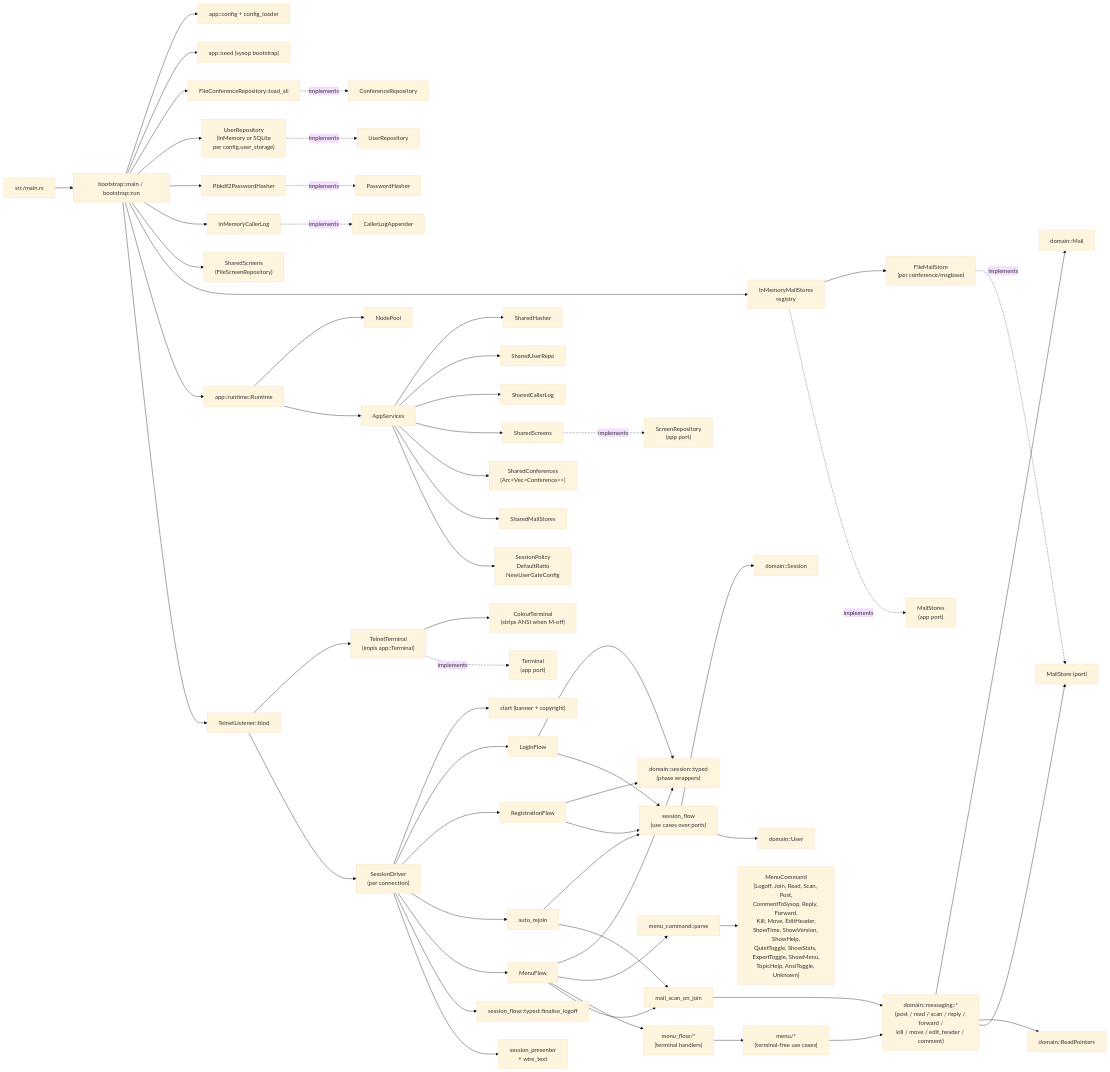
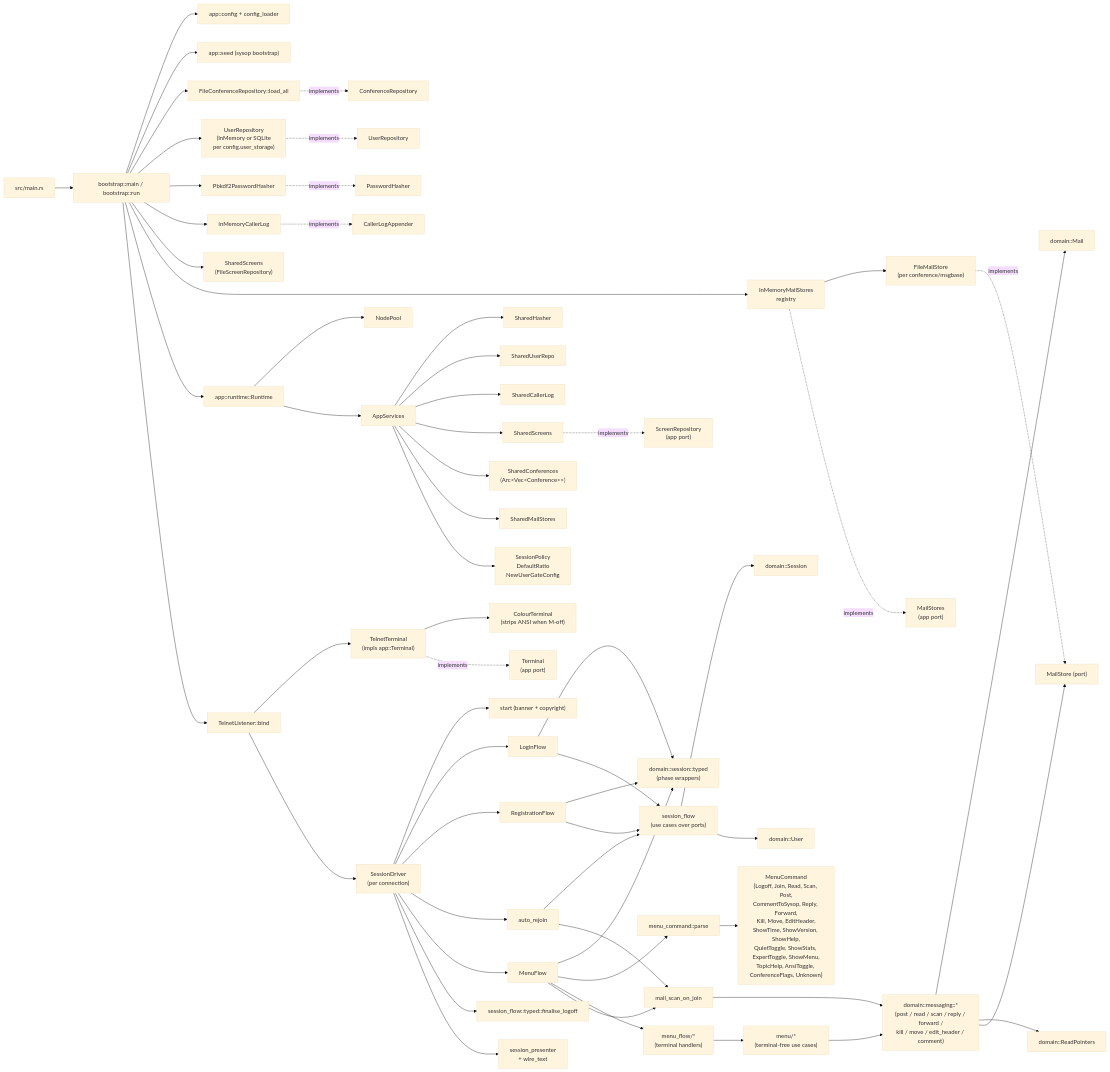
The diagram in SYSTEM.md (pingles/nextexpress), drawn with Mermaid (base theme) before and after one commit. The commit also changed other lines of this file and 3 other files, not shown here.

````diff
--- a/SYSTEM.md
+++ b/SYSTEM.md
@@ -92,71 +92,71 @@
 ```mermaid
 flowchart LR
     Main["src/main.rs"] --> AppRun["bootstrap::main / bootstrap::run"]
 
     AppRun --> Config["app::config + config_loader"]
     AppRun --> Seed["app::seed (sysop bootstrap)"]
     AppRun --> ConfRepo["FileConferenceRepository::load_all"]
     AppRun --> UserRepo["UserRepository\n(InMemory or SQLite\nper config.user_storage)"]
     AppRun --> Hasher["Pbkdf2PasswordHasher"]
     AppRun --> CallerLog["InMemoryCallerLog"]
     AppRun --> Screens["SharedScreens\n(FileScreenRepository)"]
     AppRun --> MailRegistry["InMemoryMailStores\nregistry"]
     MailRegistry --> FileMailStore["FileMailStore\n(per conference/msgbase)"]
 
     AppRun --> Runtime["app::runtime::Runtime"]
     Runtime --> NodePool["NodePool"]
     Runtime --> Services["AppServices"]
 
     Services --> Sharedhasher["SharedHasher"]
     Services --> SharedRepo["SharedUserRepo"]
     Services --> SharedLog["SharedCallerLog"]
     Services --> SharedScreens
     Services --> SharedConfs["SharedConferences\n(Arc&lt;Vec&lt;Conference&gt;&gt;)"]
     Services --> SharedMail["SharedMailStores"]
     Services --> Policy["SessionPolicy\nDefaultRatio\nNewUserGateConfig"]
 
     AppRun --> Telnet["TelnetListener::bind"]
     Telnet --> Terminal["TelnetTerminal\n(impls app::Terminal)"]
     Terminal --> Colour["ColourTerminal\n(strips ANSI when M-off)"]
     Telnet --> Driver["SessionDriver\n(per connection)"]
 
     Driver --> Start["start (banner + copyright)"]
     Driver --> Login["LoginFlow"]
     Driver --> Registration["RegistrationFlow"]
     Driver --> AutoRejoin["auto_rejoin"]
     Driver --> Menu["MenuFlow"]
     Driver --> Finalise["session_flow::typed::finalise_logoff"]
 
     Login --> Typed["domain::session::typed\n(phase wrappers)"]
     Registration --> Typed
     Menu --> Typed
     Login --> SF["session_flow\n(use cases over ports)"]
     Registration --> SF
     AutoRejoin --> SF
     Driver --> Presenter["session_presenter\n+ wire_text"]
 
     Menu --> Parse["menu_command::parse"]
-    Parse --> Cmds["MenuCommand\n{Logoff, Join, Read, Scan, Post,\nCommentToSysop, Reply, Forward,\nKill, Move, EditHeader,\nShowTime, ShowVersion, ShowHelp,\nQuietToggle, ShowStats, ExpertToggle, ShowMenu,\nTopicHelp, AnsiToggle, Unknown}"]
+    Parse --> Cmds["MenuCommand\n{Logoff, Join, Read, Scan, Post,\nCommentToSysop, Reply, Forward,\nKill, Move, EditHeader,\nShowTime, ShowVersion, ShowHelp,\nQuietToggle, ShowStats, ExpertToggle, ShowMenu,\nTopicHelp, AnsiToggle, ConferenceFlags, Unknown}"]
     Menu --> MenuFlowHandlers["menu_flow/*\n(terminal handlers)"]
     MenuFlowHandlers --> MenuUseCases["menu/*\n(terminal-free use cases)"]
 
     MenuUseCases --> Rules["domain::messaging::*\n(post / read / scan / reply / forward /\nkill / move / edit_header / comment)"]
     AutoRejoin --> ScanOnJoin["mail_scan_on_join"]
     Menu --> ScanOnJoin
     ScanOnJoin --> Rules
 
     Rules --> Mail["domain::Mail"]
     Rules --> Pointers["domain::ReadPointers"]
     Rules --> MailPort["MailStore (port)"]
     SF --> DomainSession["domain::Session"]
     SF --> DomainUser["domain::User"]
 
     ConfRepo -.implements.-> ConfPort["ConferenceRepository"]
     UserRepo -.implements.-> UserPort["UserRepository"]
     Hasher -.implements.-> HasherPort["PasswordHasher"]
     CallerLog -.implements.-> LogPort["CallerLogAppender"]
     SharedScreens -.implements.-> ScreenPort["ScreenRepository\n(app port)"]
     MailRegistry -.implements.-> MailRegistryPort["MailStores\n(app port)"]
     FileMailStore -.implements.-> MailPort
     Terminal -.implements.-> TermPort["Terminal\n(app port)"]
 ```
````
